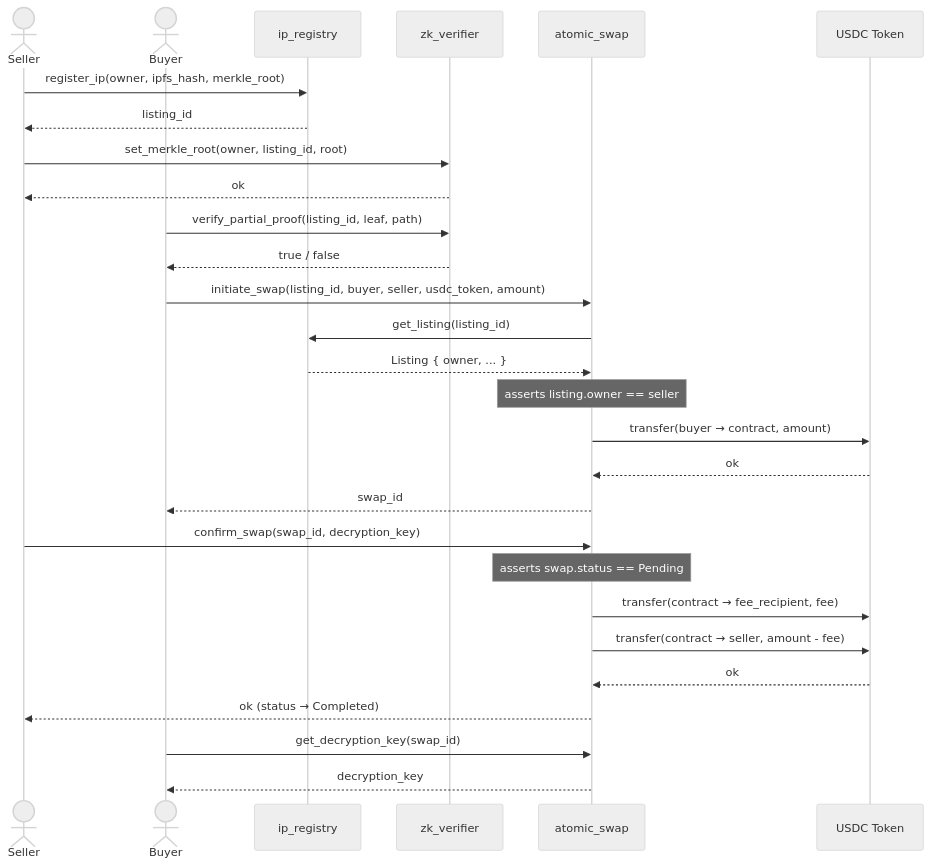
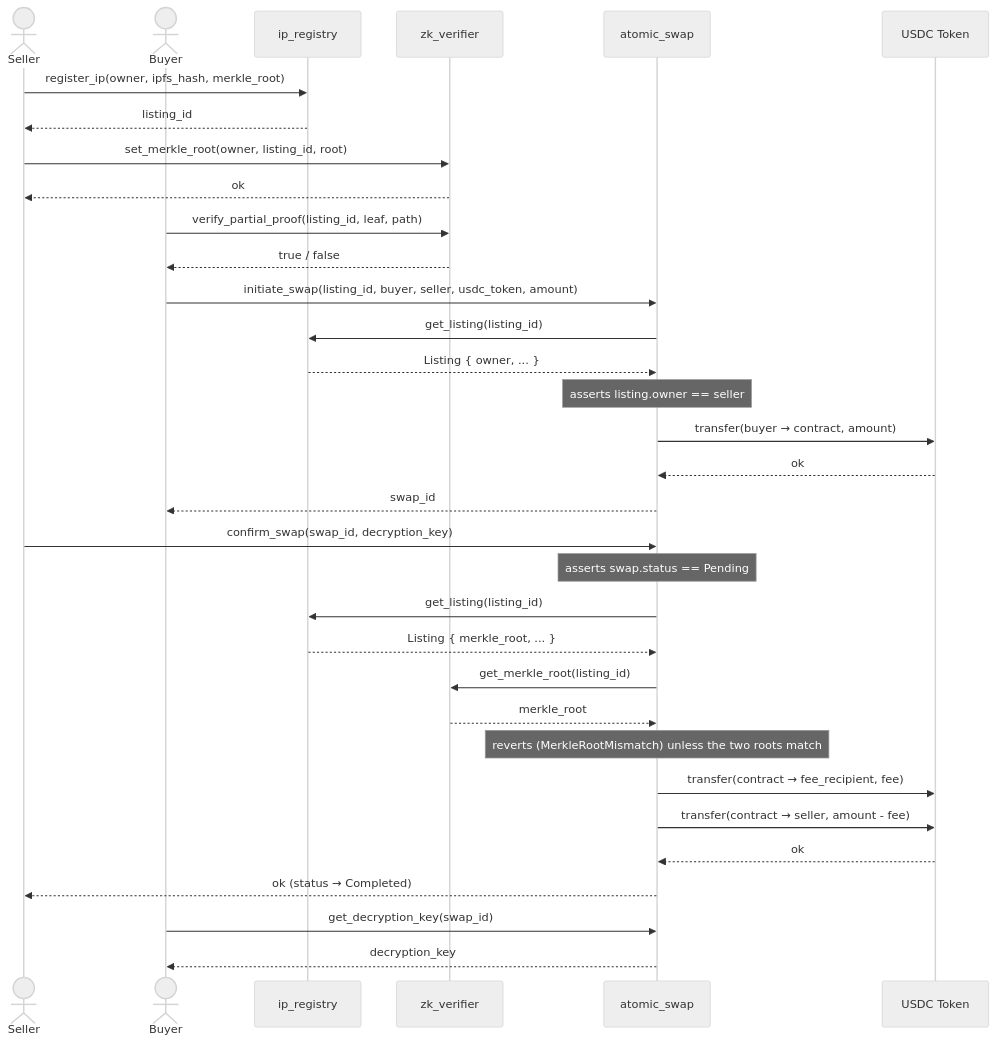
One commit to MerkleMint/Atomic-IP-Marketplace changed the first of 3 diagrams in docs/architecture.md. Above: the diagram before and after it, drawn with Mermaid (neutral theme). The commit also changed other lines of this file and 2 other files, not shown here.

First line of the commit message:
fix: bind ip_registry's advertised merkle_root to zk_verifier at confirm_swap

````diff
--- a/docs/architecture.md
+++ b/docs/architecture.md
@@ -7,42 +7,47 @@
 ```mermaid
 sequenceDiagram
     actor Seller
     actor Buyer
     participant IPRegistry as ip_registry
     participant ZKVerifier as zk_verifier
     participant AtomicSwap as atomic_swap
     participant USDC as USDC Token
 
     %% 1. Seller registers IP asset
     Seller->>IPRegistry: register_ip(owner, ipfs_hash, merkle_root)
     IPRegistry-->>Seller: listing_id
 
     %% 2. Seller commits Merkle root for ZK proofs
     Seller->>ZKVerifier: set_merkle_root(owner, listing_id, root)
     ZKVerifier-->>Seller: ok
 
     %% 3. Buyer verifies a partial proof before committing funds
     Buyer->>ZKVerifier: verify_partial_proof(listing_id, leaf, path)
     ZKVerifier-->>Buyer: true / false
 
     %% 4. Buyer initiates swap (locks USDC)
     Buyer->>AtomicSwap: initiate_swap(listing_id, buyer, seller, usdc_token, amount)
     AtomicSwap->>IPRegistry: get_listing(listing_id)
     IPRegistry-->>AtomicSwap: Listing { owner, ... }
     Note over AtomicSwap: asserts listing.owner == seller
     AtomicSwap->>USDC: transfer(buyer → contract, amount)
     USDC-->>AtomicSwap: ok
     AtomicSwap-->>Buyer: swap_id
 
     %% 5. Seller confirms swap (reveals decryption key, receives USDC)
     Seller->>AtomicSwap: confirm_swap(swap_id, decryption_key)
     Note over AtomicSwap: asserts swap.status == Pending
+    AtomicSwap->>IPRegistry: get_listing(listing_id)
+    IPRegistry-->>AtomicSwap: Listing { merkle_root, ... }
+    AtomicSwap->>ZKVerifier: get_merkle_root(listing_id)
+    ZKVerifier-->>AtomicSwap: merkle_root
+    Note over AtomicSwap: reverts (MerkleRootMismatch) unless the two roots match
     AtomicSwap->>USDC: transfer(contract → fee_recipient, fee)
     AtomicSwap->>USDC: transfer(contract → seller, amount - fee)
     USDC-->>AtomicSwap: ok
     AtomicSwap-->>Seller: ok (status → Completed)
 
     %% 6. Buyer retrieves decryption key
     Buyer->>AtomicSwap: get_decryption_key(swap_id)
     AtomicSwap-->>Buyer: decryption_key
 ```
````
